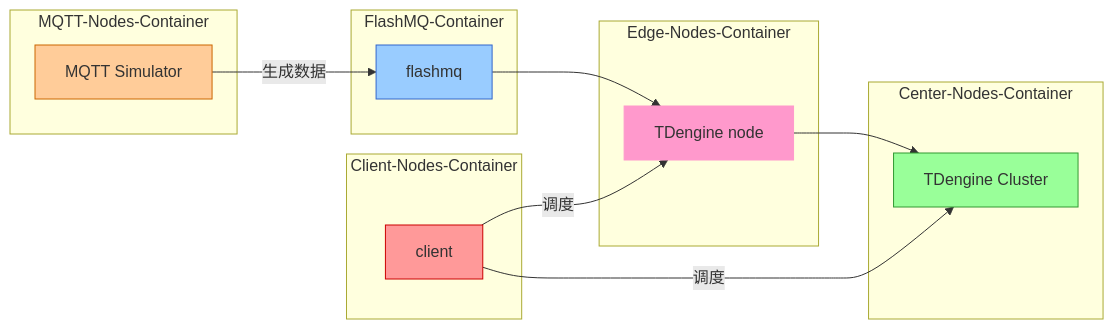
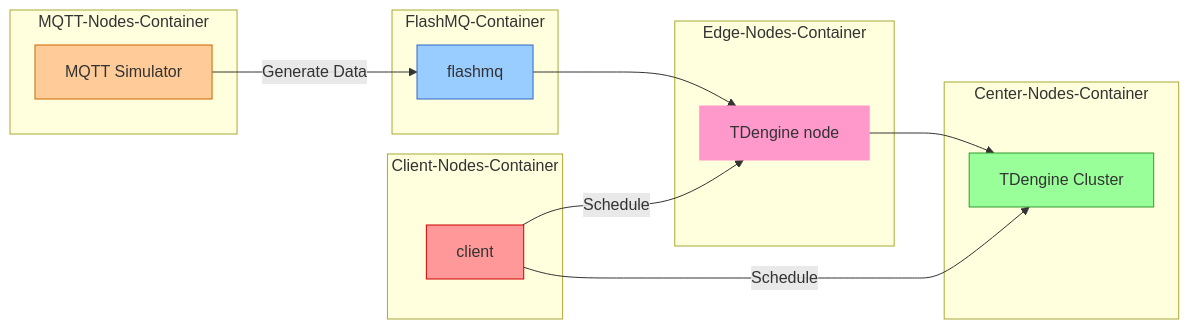
Before and after one commit to taosdata/ems: the diagram in docker-compose/README.md, drawn with Mermaid. The commit also changed other lines of this file and 3 other files, not shown here.

````diff
--- a/docker-compose/README.md
+++ b/docker-compose/README.md
@@ -64,34 +73,34 @@
 ```mermaid
 graph LR
   subgraph MQTT-Nodes-Container
     A[MQTT Simulator]
   end
 
   subgraph FlashMQ-Container
     B[flashmq]
   end
 
   subgraph Edge-Nodes-Container
     C[TDengine node]
   end
 
   subgraph Center-Nodes-Container
     D[TDengine Cluster]
   end
 
   subgraph Client-Nodes-Container
     F[client]
   end
 
-  A -->|生成数据| B
+  A -->|Generate Data| B
   B --> C
   C --> D
-  F -->|调度| C
-  F -->|调度| D
+  F -->|Schedule| C
+  F -->|Schedule| D
 
   style A fill:#ffcc99,stroke:#cc6600
   style B fill:#99ccff,stroke:#3366cc
   style C fill:#ff99cc,stroke:#ff99cc
   style D fill:#99ff99,stroke:#339933
   style F fill:#ff9999,stroke:#cc0000
 ```
````
